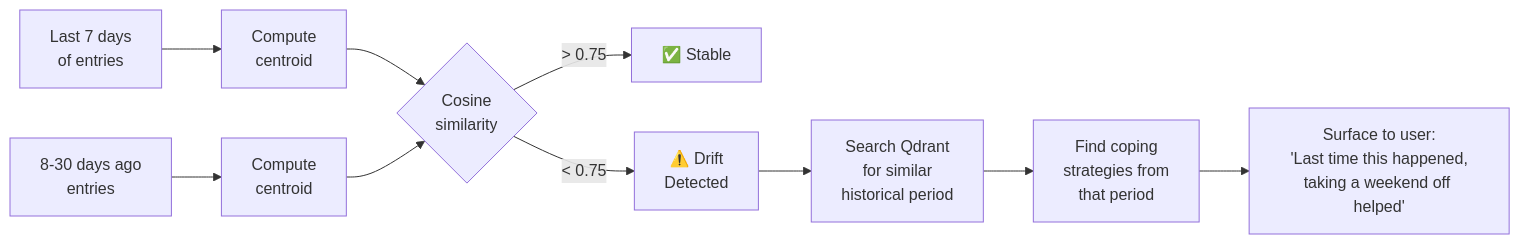
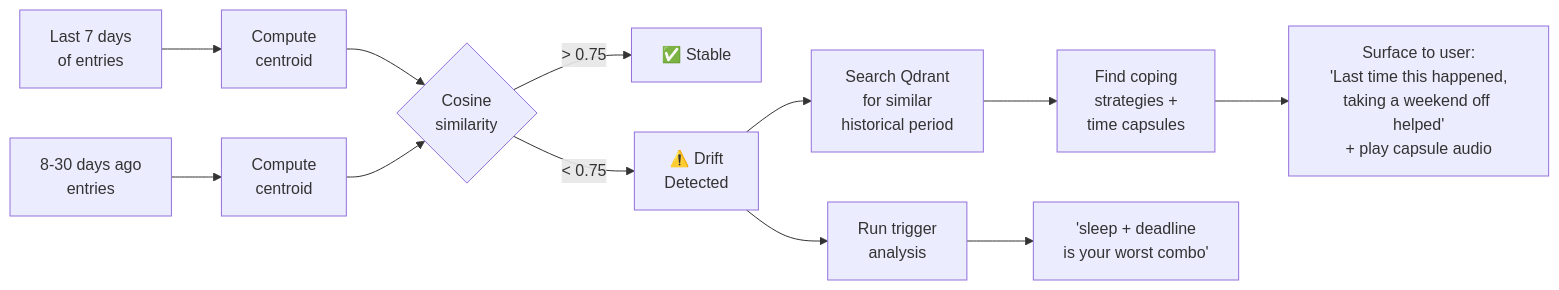
One commit to karan68/mooddrift changed the second of 4 diagrams in ARTICLE.md. Above: the diagram before and after it, drawn with Mermaid. The commit also changed other lines of this file and 35 other files, not shown here.

````diff
--- a/ARTICLE.md
+++ b/ARTICLE.md
@@ -120,12 +209,14 @@
 ```mermaid
 flowchart LR
     A["Last 7 days<br/>of entries"] --> B["Compute<br/>centroid"]
     C["8-30 days ago<br/>entries"] --> D["Compute<br/>centroid"]
     B --> E{"Cosine<br/>similarity"}
     D --> E
     E -->|"> 0.75"| F["✅ Stable"]
     E -->|"< 0.75"| G["⚠️ Drift<br/>Detected"]
     G --> H["Search Qdrant<br/>for similar<br/>historical period"]
-    H --> I["Find coping<br/>strategies from<br/>that period"]
-    I --> J["Surface to user:<br/>'Last time this happened,<br/>taking a weekend off helped'"]
+    H --> I["Find coping<br/>strategies +<br/>time capsules"]
+    I --> J["Surface to user:<br/>'Last time this happened,<br/>taking a weekend off helped'<br/>+ play capsule audio"]
+    G --> K["Run trigger<br/>analysis"]
+    K --> L["'sleep + deadline<br/>is your worst combo'"]
 ```
````
